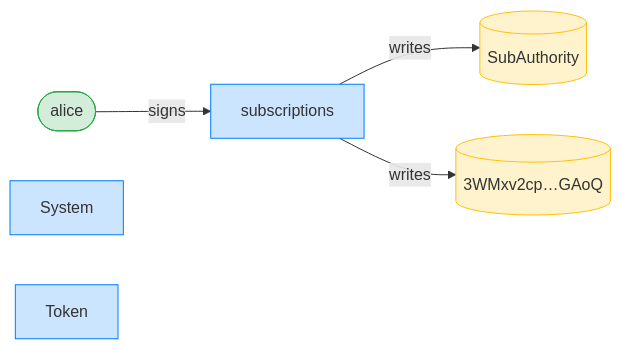
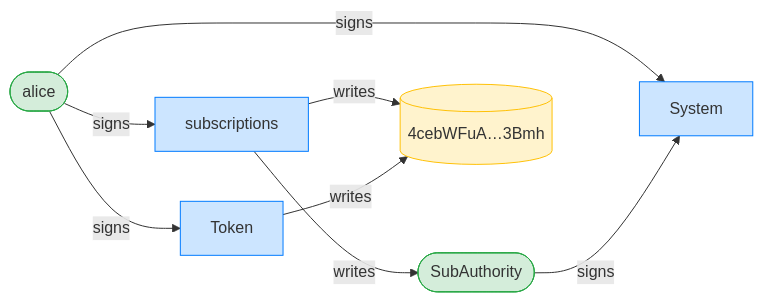
Diagram 15 of 16 in dsl_tests/transfer-subscription--a-stale-subscription-authority-is-refused.md (cds-rs/subscriptions), drawn with Mermaid before and after one commit. The commit also changed other lines of this file and 224 other files, not shown here.

````diff
--- a/dsl_tests/transfer-subscription--a-stale-subscription-authority-is-refused.md
+++ b/dsl_tests/transfer-subscription--a-stale-subscription-authority-is-refused.md
@@ -266,15 +278,19 @@
 ```mermaid
 flowchart LR
     classDef signer fill:#d4edda,stroke:#28a745;
     classDef program fill:#cce5ff,stroke:#007bff;
     classDef writable fill:#fff3cd,stroke:#ffc107;
     subscriptions[subscriptions]:::program
     alice([alice]):::signer
-    SubAuthority[(SubAuthority)]:::writable
-    3WMxv2cp_GAoQ[("3WMxv2cp…GAoQ")]:::writable
+    SubAuthority([SubAuthority]):::signer
+    4cebWFuA_3Bmh[("4cebWFuA…3Bmh")]:::writable
     System[System]:::program
     Token[Token]:::program
     alice -->|signs| subscriptions
+    alice -->|signs| System
+    SubAuthority -->|signs| System
+    alice -->|signs| Token
     subscriptions -->|writes| SubAuthority
-    subscriptions -->|writes| 3WMxv2cp_GAoQ
+    subscriptions -->|writes| 4cebWFuA_3Bmh
+    Token -->|writes| 4cebWFuA_3Bmh
 ```
````
